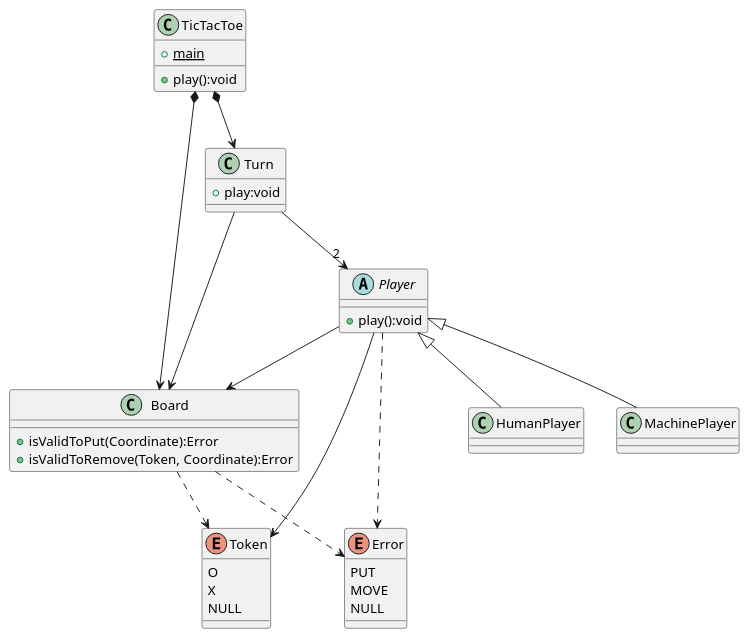
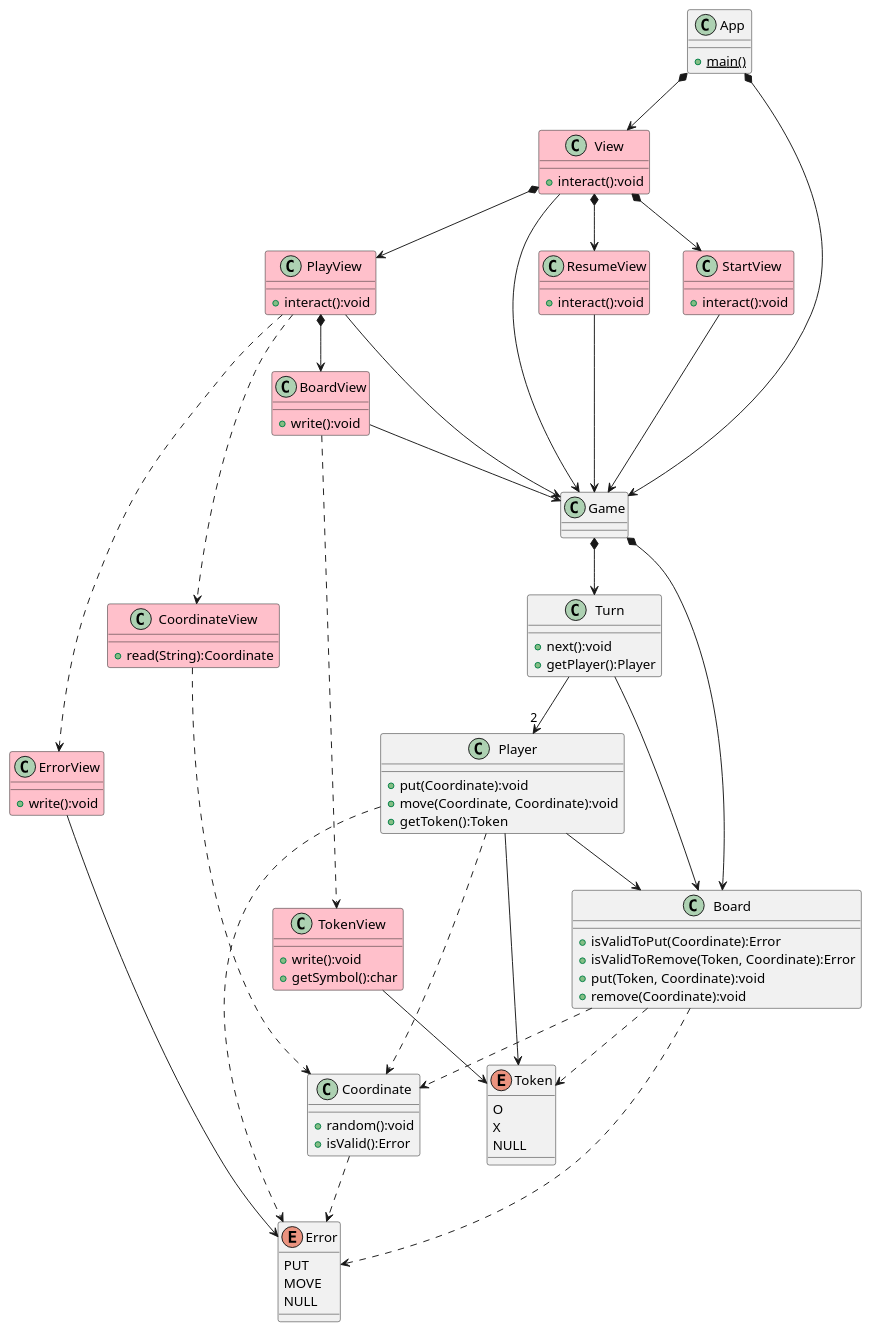
Before and after one commit to ioni5/tic-tac-toe: the diagram in docs/tictactoe.puml, drawn with PlantUML. The commit also changed 1 other file, not shown here.

```diff
--- a/docs/tictactoe.puml
+++ b/docs/tictactoe.puml
@@ -1,45 +1,103 @@
 @startuml tictactoe
 
-class TicTacToe {
-    + play():void
-    + {static} main
+class Game {
 }
-TicTacToe *--> Board
-TicTacToe *--> Turn
+Game *--> Board
+Game *--> Turn
 
 Turn --> "2" Player
 Turn --> Board
 class Turn {
-    + play:void
+    + next():void
+    + getPlayer():Player
 }
 
-abstract class Player {
-    + play():void
+class Player {
+    + put(Coordinate):void
+    + move(Coordinate, Coordinate):void
+    + getToken():Token
 }
 Player --> Board
 Player --> Token
 Player ..> Error
+Player ..> Coordinate
 
 class Board {
     + isValidToPut(Coordinate):Error
     + isValidToRemove(Token, Coordinate):Error
+    + put(Token, Coordinate):void
+    + remove(Coordinate):void
 }
 Board ..> Token
 Board ..> Error
+Board ..> Coordinate
+
+class Coordinate {
+    + random():void
+    + isValid():Error
+}
+Coordinate ..> Error
 
 enum Error {
     PUT
     MOVE
     NULL
 }
 
 enum Token {
     O
     X
     NULL
 }
 
-Player <|-- HumanPlayer
-Player <|-- MachinePlayer
+class View #pink {
+    + interact():void
+}
+class StartView #pink {
+    + interact():void
+}
+class PlayView #pink {
+    + interact():void
+}
+class ResumeView #pink {
+    + interact():void
+}
+class BoardView #pink {
+    + write():void
+}
+class CoordinateView #pink {
+    + read(String):Coordinate
+}
+class ErrorView #pink {
+    + write():void
+}
+class TokenView #pink {
+    + write():void
+    + getSymbol():char
+}
+View *--> StartView
+View *--> PlayView
+View *--> ResumeView
 
+PlayView *--> BoardView
+PlayView ..> CoordinateView
+PlayView ..> ErrorView
+BoardView ..> TokenView
+
+class App {
+    + {static}main()
+}
+App *--> Game
+App *--> View
+
+View --> Game
+PlayView --> Game
+StartView --> Game
+ResumeView --> Game
+
+BoardView --> Game
+TokenView --> Token
+ErrorView --> Error
+
+CoordinateView ..> Coordinate
 @enduml
```
